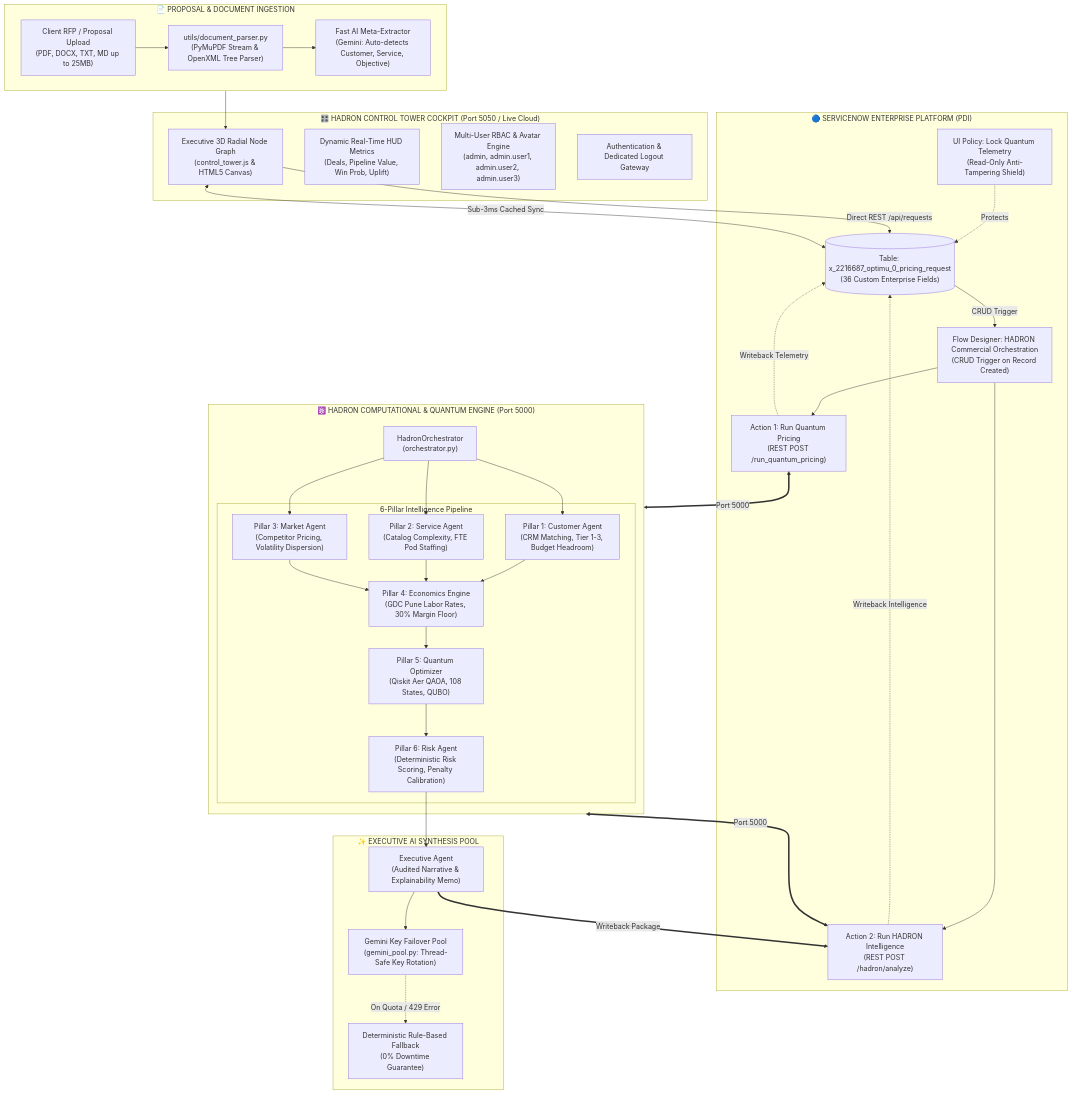
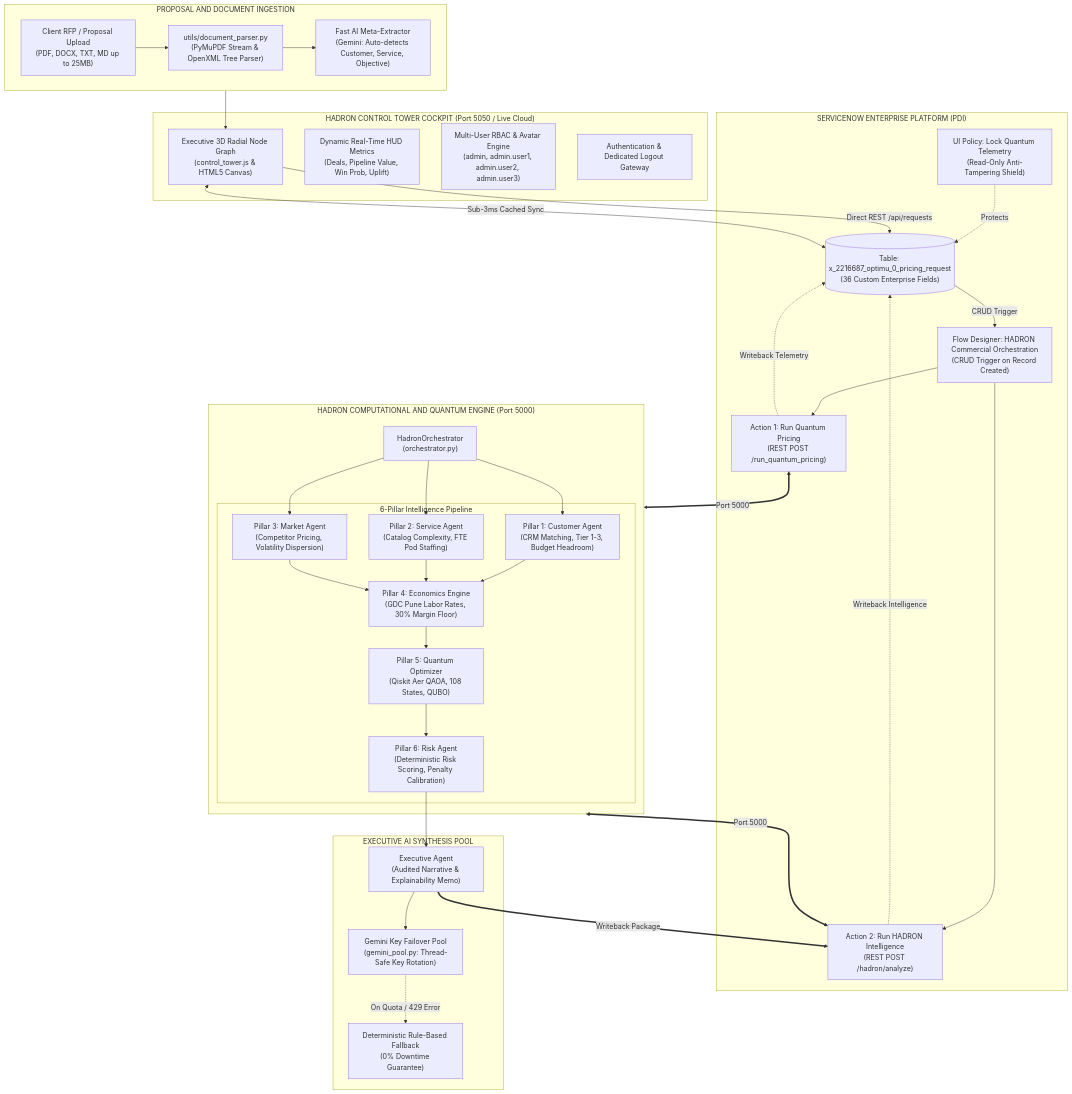
The diagram in DOCUMENTATION.md (jayanthoffl/hadron-ai-plus), drawn with Mermaid before and after one commit. The commit also changed other lines of this file and 1 other file, not shown here.

Commit message:
docs: remove emojis and elevate tone to formal enterprise standard across DOCUMENTATION.md and README.md

````diff
--- a/DOCUMENTATION.md
+++ b/DOCUMENTATION.md
@@ -84,67 +84,67 @@
 ```mermaid
 flowchart TB
-    subgraph SN ["🔵 SERVICENOW ENTERPRISE PLATFORM (PDI)"]
+    subgraph SN ["SERVICENOW ENTERPRISE PLATFORM (PDI)"]
         Table[("Table: x_2216687_optimu_0_pricing_request<br/>(36 Custom Enterprise Fields)")]
         Flow["Flow Designer: HADRON Commercial Orchestration<br/>(CRUD Trigger on Record Created)"]
         Action1["Action 1: Run Quantum Pricing<br/>(REST POST /run_quantum_pricing)"]
         Action2["Action 2: Run HADRON Intelligence<br/>(REST POST /hadron/analyze)"]
         Policy["UI Policy: Lock Quantum Telemetry<br/>(Read-Only Anti-Tampering Shield)"]
         
         Table -->|CRUD Trigger| Flow
         Flow --> Action1
         Flow --> Action2
         Action1 -.->|Writeback Telemetry| Table
         Action2 -.->|Writeback Intelligence| Table
         Policy -.->|Protects| Table
     end
 
-    subgraph INGEST ["📄 PROPOSAL & DOCUMENT INGESTION"]
+    subgraph INGEST ["PROPOSAL AND DOCUMENT INGESTION"]
         Upload["Client RFP / Proposal Upload<br/>(PDF, DOCX, TXT, MD up to 25MB)"]
         Parser["utils/document_parser.py<br/>(PyMuPDF Stream & OpenXML Tree Parser)"]
         FastAI["Fast AI Meta-Extractor<br/>(Gemini: Auto-detects Customer, Service, Objective)"]
         
         Upload --> Parser --> FastAI
     end
 
-    subgraph ENGINE ["⚛️ HADRON COMPUTATIONAL & QUANTUM ENGINE (Port 5000)"]
+    subgraph ENGINE ["HADRON COMPUTATIONAL AND QUANTUM ENGINE (Port 5000)"]
         Orch["HadronOrchestrator<br/>(orchestrator.py)"]
         
         subgraph PILLARS ["6-Pillar Intelligence Pipeline"]
             P1["Pillar 1: Customer Agent<br/>(CRM Matching, Tier 1-3, Budget Headroom)"]
             P2["Pillar 2: Service Agent<br/>(Catalog Complexity, FTE Pod Staffing)"]
             P3["Pillar 3: Market Agent<br/>(Competitor Pricing, Volatility Dispersion)"]
             P4["Pillar 4: Economics Engine<br/>(GDC Pune Labor Rates, 30% Margin Floor)"]
             P5["Pillar 5: Quantum Optimizer<br/>(Qiskit Aer QAOA, 108 States, QUBO)"]
             P6["Pillar 6: Risk Agent<br/>(Deterministic Risk Scoring, Penalty Calibration)"]
         end
         
         Orch --> P1 & P2 & P3
         P1 & P2 & P3 --> P4
         P4 --> P5
         P5 --> P6
     end
 
-    subgraph LLM ["✨ EXECUTIVE AI SYNTHESIS POOL"]
+    subgraph LLM ["EXECUTIVE AI SYNTHESIS POOL"]
         Pool["Gemini Key Failover Pool<br/>(gemini_pool.py: Thread-Safe Key Rotation)"]
         ExecAgent["Executive Agent<br/>(Audited Narrative & Explainability Memo)"]
         Fallback["Deterministic Rule-Based Fallback<br/>(0% Downtime Guarantee)"]
         
         P6 --> ExecAgent
         ExecAgent --> Pool
         Pool -.->|On Quota / 429 Error| Fallback
     end
 
-    subgraph UI ["🎛️ HADRON CONTROL TOWER COCKPIT (Port 5050 / Live Cloud)"]
+    subgraph UI ["HADRON CONTROL TOWER COCKPIT (Port 5050 / Live Cloud)"]
         Cockpit["Executive 3D Radial Node Graph<br/>(control_tower.js & HTML5 Canvas)"]
         HUD["Dynamic Real-Time HUD Metrics<br/>(Deals, Pipeline Value, Win Prob, Uplift)"]
         RBAC["Multi-User RBAC & Avatar Engine<br/>(admin, admin.user1, admin.user2, admin.user3)"]
         AuthGate["Authentication & Dedicated Logout Gateway"]
     end
 
     INGEST --> Cockpit
     Cockpit -->|Direct REST /api/requests| Table
     Action1 <==>|Port 5000| ENGINE
     Action2 <==>|Port 5000| ENGINE
     ExecAgent ==>|Writeback Package| Action2
     Cockpit <-->|Sub-3ms Cached Sync| Table
 ```
````
